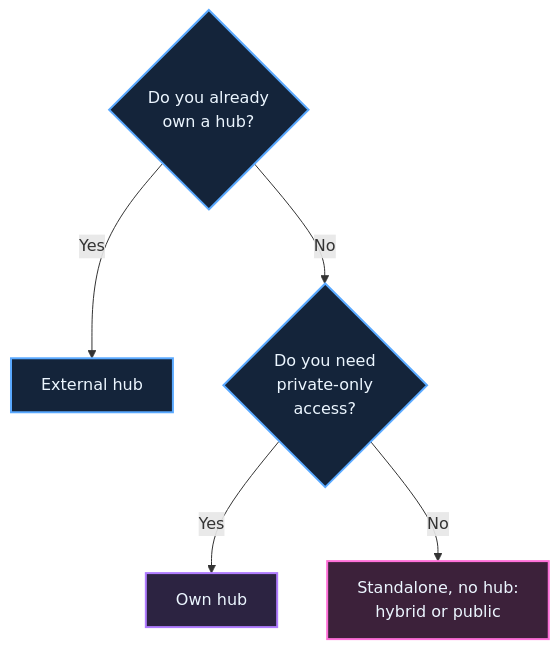
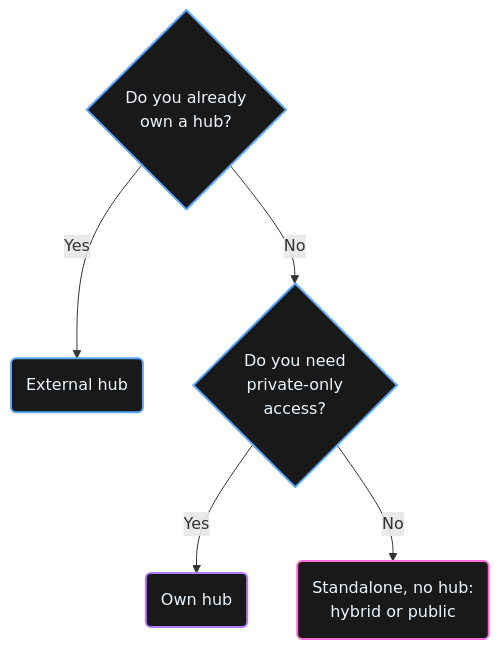
The diagram in documentation/v2/concepts/hub-and-network-modes.md (jostrm/azure-enterprise-scale-ml), drawn with Mermaid before and after one commit. The commit also changed 4 other files, not shown here.

First line of the commit message:
docs: diagram boxes in dark gray with rounded corners

````diff
--- a/documentation/v2/concepts/hub-and-network-modes.md
+++ b/documentation/v2/concepts/hub-and-network-modes.md
@@ -49,11 +49,11 @@
 ```mermaid
 flowchart TD
-  A{Do you already<br/>own a hub?} -- Yes --> E[External hub]:::blue
+  A{Do you already<br/>own a hub?} -- Yes --> E(External hub):::blue
   A -- No --> B{Do you need<br/>private-only<br/>access?}
-  B -- Yes --> O[Own hub]:::purple
-  B -- No --> S[Standalone, no hub:<br/>hybrid or public]:::pink
-  classDef blue fill:#14243A,stroke:#5AA9FF,stroke-width:2px,color:#ECF6FF
-  classDef purple fill:#2C2341,stroke:#B07CFF,stroke-width:2px,color:#ECF6FF
-  classDef pink fill:#3C213A,stroke:#FF6FD8,stroke-width:2px,color:#ECF6FF
+  B -- Yes --> O(Own hub):::purple
+  B -- No --> S(Standalone, no hub:<br/>hybrid or public):::pink
+  classDef blue fill:#191919,stroke:#5AA9FF,stroke-width:2px,color:#ECF6FF
+  classDef purple fill:#191919,stroke:#B07CFF,stroke-width:2px,color:#ECF6FF
+  classDef pink fill:#191919,stroke:#FF6FD8,stroke-width:2px,color:#ECF6FF
   class A,B blue
 ```
````
